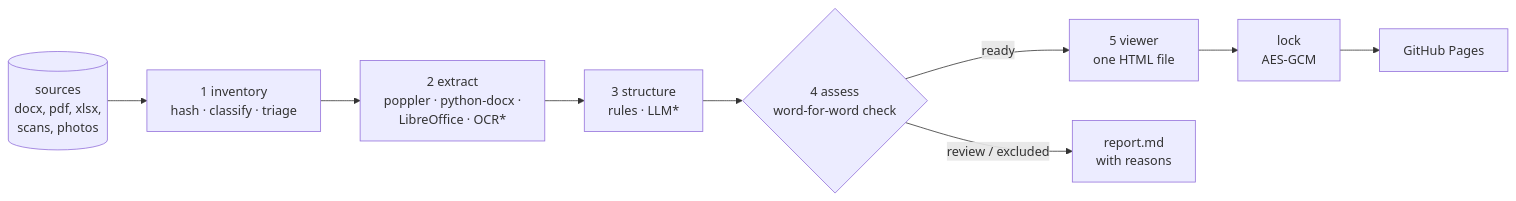
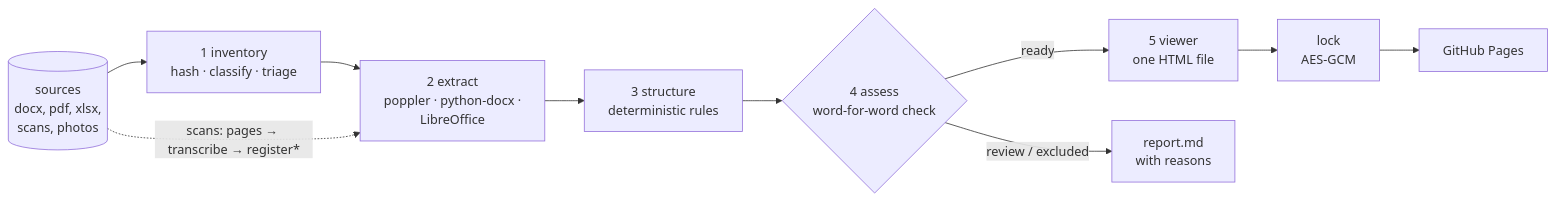
One commit to steinnhauser/recipify changed the diagram in README.md. Above: the diagram before and after it, drawn with Mermaid. The commit also changed other lines of this file and 26 other files, not shown here.

First line of the commit message:
refactor: remove the Mistral OCR and LLM integrations

````diff
--- a/README.md
+++ b/README.md
@@ -22,10 +22,11 @@
 ```mermaid
 flowchart LR
     S[("sources<br/>docx, pdf, xlsx,<br/>scans, photos")] --> I["1 inventory<br/>hash · classify · triage"]
-    I --> E["2 extract<br/>poppler · python-docx ·<br/>LibreOffice · OCR*"]
-    E --> T["3 structure<br/>rules · LLM*"]
+    I --> E["2 extract<br/>poppler · python-docx ·<br/>LibreOffice"]
+    S -. "scans: pages → transcribe → register*" .-> E
+    E --> T["3 structure<br/>deterministic rules"]
     T --> A{"4 assess<br/>word-for-word check"}
     A -- ready --> V["5 viewer<br/>one HTML file"]
     A -- review / excluded --> R["report.md<br/>with reasons"]
     V --> L["lock<br/>AES-GCM"] --> P["GitHub Pages"]
 ```
````
